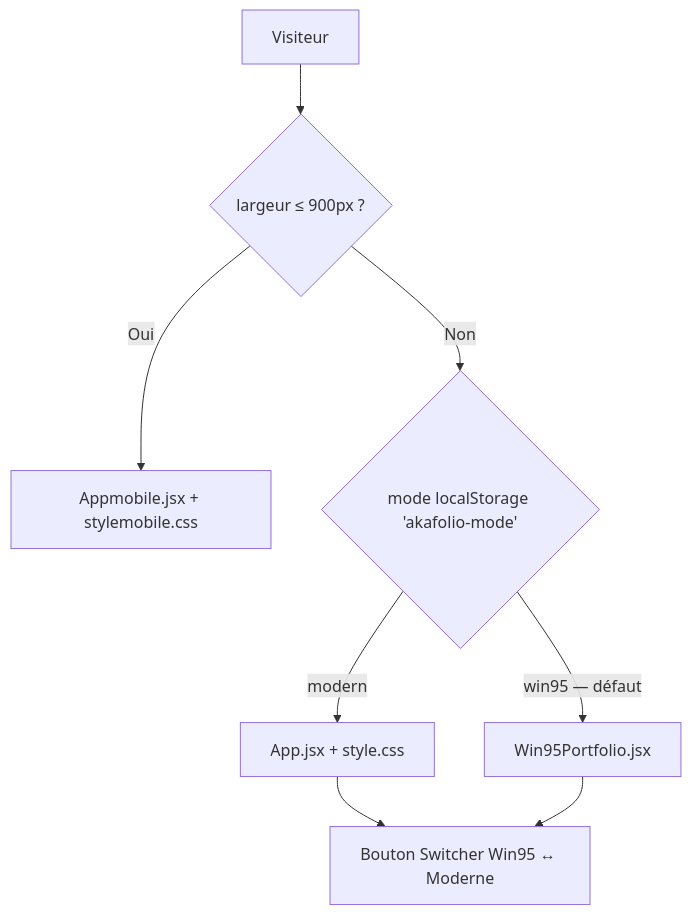
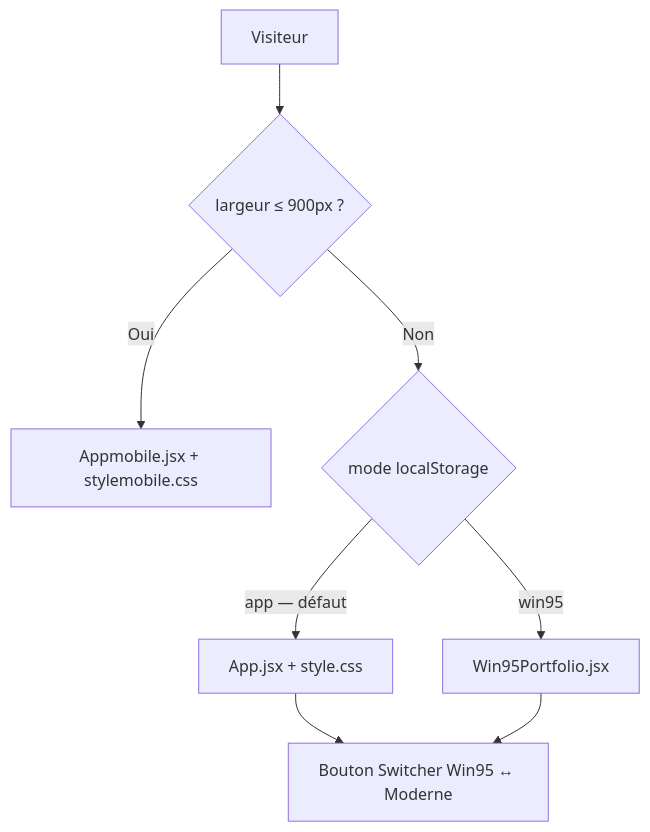
The diagram in README.md (wthomasss06-stack/portfolio-REACT), drawn with Mermaid before and after one commit. The commit also changed other lines of this file, not shown here.

````diff
--- a/README.md
+++ b/README.md
@@ -80,10 +57,10 @@
 ```mermaid
 flowchart TD
     A[Visiteur] --> B{largeur ≤ 900px ?}
     B -->|Oui| C[Appmobile.jsx + stylemobile.css]
-    B -->|Non| D{mode localStorage 'akafolio-mode'}
-    D -->|win95 — défaut| E[Win95Portfolio.jsx]
-    D -->|modern| F[App.jsx + style.css]
+    B -->|Non| D{mode localStorage}
+    D -->|app — défaut| F[App.jsx + style.css]
+    D -->|win95| E[Win95Portfolio.jsx]
     F --> G[Bouton Switcher Win95 ↔ Moderne]
     E --> G
 ```
````
